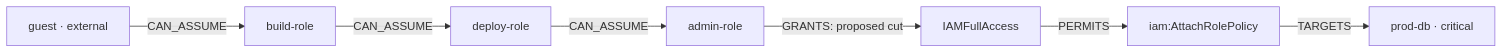
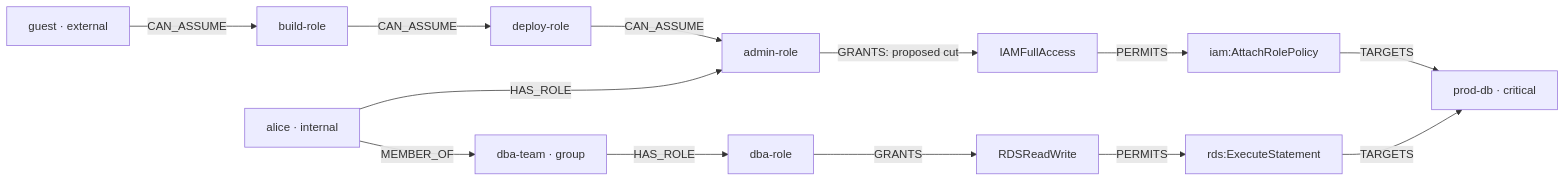
The diagram in README.md (mohi-devhub/Severance), drawn with Mermaid before and after one commit. The commit also changed other lines of this file and 43 other files, not shown here.

````diff
--- a/README.md
+++ b/README.md
@@ -92,9 +55,15 @@
 ```mermaid
 flowchart LR
     E["guest · external"] -->|CAN_ASSUME| B[build-role]
     B -->|CAN_ASSUME| D[deploy-role]
     D -->|CAN_ASSUME| A[admin-role]
     A -->|GRANTS: proposed cut| P[IAMFullAccess]
     P -->|PERMITS| X["iam:AttachRolePolicy"]
     X -->|TARGETS| R["prod-db · critical"]
+    U["alice · internal"] -->|MEMBER_OF| G["dba-team · group"]
+    G -->|HAS_ROLE| DBA[dba-role]
+    DBA -->|GRANTS| RP[RDSReadWrite]
+    RP -->|PERMITS| SQL["rds:ExecuteStatement"]
+    SQL -->|TARGETS| R
+    U -->|HAS_ROLE| A
 ```
````
